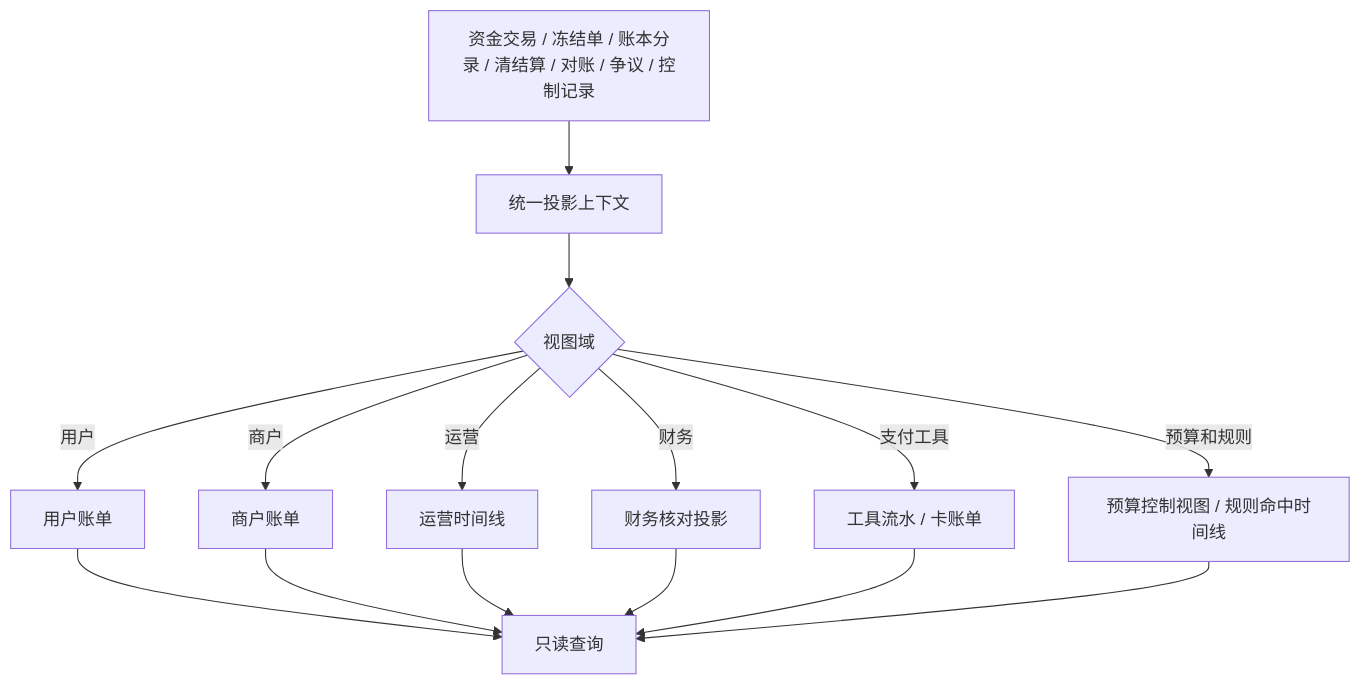
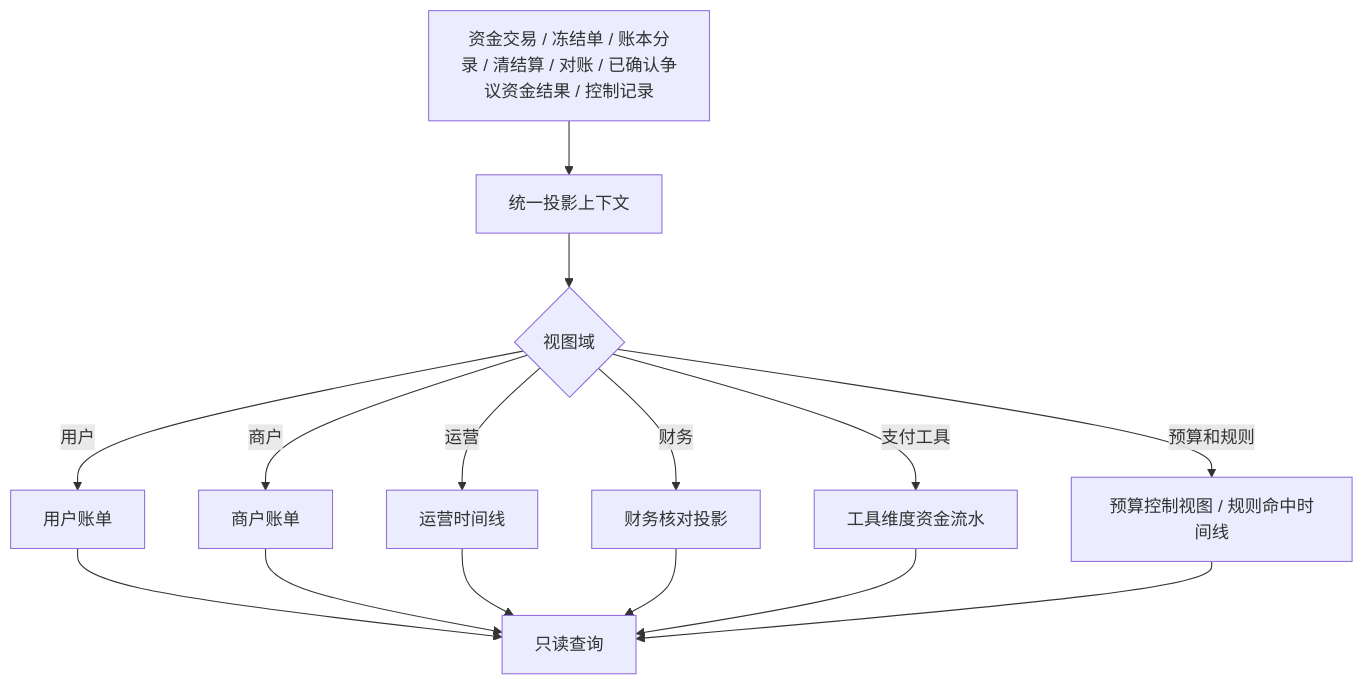
Before and after one commit to fengwuxp/wind-funds: diagram 18 of 21 in docs/产品设计/02-交易路由钱包账目与投影.md, drawn with Mermaid. The commit also changed other lines of this file and 134 other files, not shown here.

````diff
--- a/docs/产品设计/02-交易路由钱包账目与投影.md
+++ b/docs/产品设计/02-交易路由钱包账目与投影.md
@@ -1744,17 +1771,17 @@
 ```mermaid
 flowchart TD
-    A["资金交易 / 冻结单 / 账本分录 / 清结算 / 对账 / 争议 / 控制记录"] --> B["统一投影上下文"]
+    A["资金交易 / 冻结单 / 账本分录 / 清结算 / 对账 / 已确认争议资金结果 / 控制记录"] --> B["统一投影上下文"]
     B --> C{"视图域"}
     C -->|用户| D["用户账单"]
     C -->|商户| E["商户账单"]
     C -->|运营| F["运营时间线"]
     C -->|财务| G["财务核对投影"]
-    C -->|支付工具| I["工具流水 / 卡账单"]
+    C -->|支付工具| I["工具维度资金流水"]
     C -->|预算和规则| J["预算控制视图 / 规则命中时间线"]
     D --> H["只读查询"]
     E --> H
     F --> H
     G --> H
     I --> H
     J --> H
 ```
````
